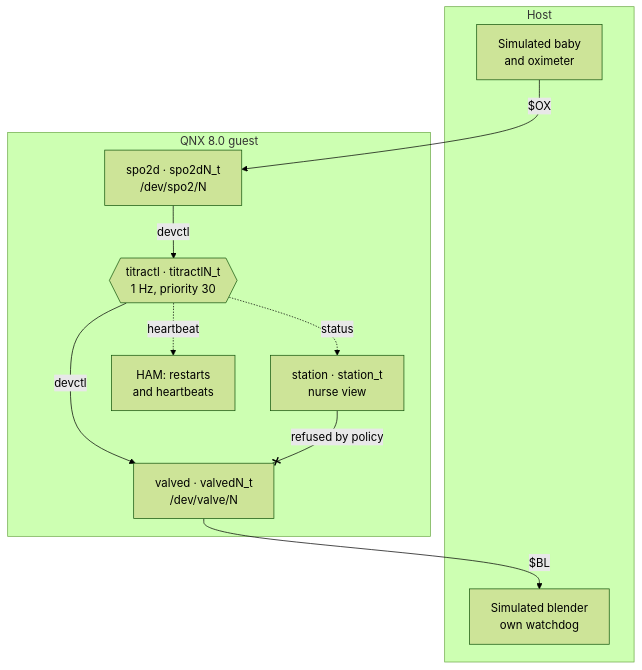
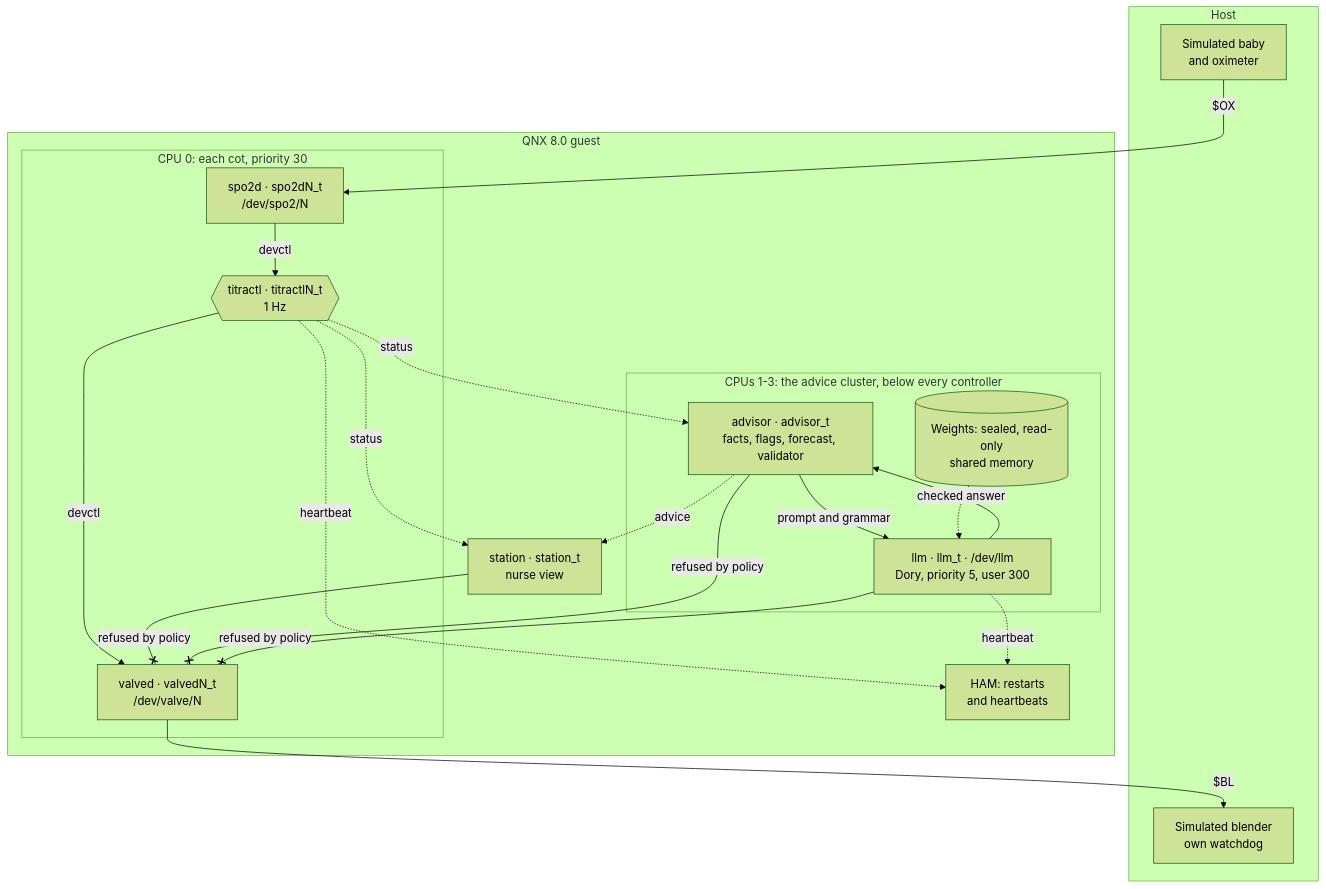
One commit to Marc-Dvci/Titra changed the diagram in docs/architecture.mmd. Above: the diagram before and after it, drawn with Mermaid (forest theme). The commit also changed 4 other files, not shown here.

```diff
--- a/docs/architecture.mmd
+++ b/docs/architecture.mmd
@@ -1,20 +1,35 @@
 %% Source of docs/architecture.png, the diagram in the README. Rebuild: python scripts/render_diagram.py
 flowchart TD
     subgraph HOST["Host"]
         OX["Simulated baby<br/>and oximeter"]
         BL["Simulated blender<br/>own watchdog"]
     end
     subgraph QNX["QNX 8.0 guest"]
-        SPO2["spo2d · spo2dN_t<br/>/dev/spo2/N"]
-        CTL{{"titractl · titractlN_t<br/>1 Hz, priority 30"}}
-        VALVE["valved · valvedN_t<br/>/dev/valve/N"]
+        subgraph CPU0["CPU 0: each cot, priority 30"]
+            SPO2["spo2d · spo2dN_t<br/>/dev/spo2/N"]
+            CTL{{"titractl · titractlN_t<br/>1 Hz"}}
+            VALVE["valved · valvedN_t<br/>/dev/valve/N"]
+        end
+        subgraph CPUS["CPUs 1-3: the advice cluster, below every controller"]
+            ADV["advisor · advisor_t<br/>facts, flags, forecast, validator"]
+            LLM["llm · llm_t · /dev/llm<br/>Dory, priority 5, user 300"]
+            WEIGHTS[("Weights: sealed, read-only<br/>shared memory")]
+        end
         STATION["station · station_t<br/>nurse view"]
         HAM["HAM: restarts<br/>and heartbeats"]
     end
     OX -- "$OX" --> SPO2
     SPO2 -- "devctl" --> CTL
     CTL -- "devctl" --> VALVE
     VALVE -- "$BL" --> BL
     CTL -. "status" .-> STATION
+    CTL -. "status" .-> ADV
+    ADV -- "prompt and grammar" --> LLM
+    LLM -- "checked answer" --> ADV
+    WEIGHTS -.-> LLM
+    ADV -. "advice" .-> STATION
     CTL -. "heartbeat" .-> HAM
+    LLM -. "heartbeat" .-> HAM
     STATION -- "refused by policy" --x VALVE
+    ADV -- "refused by policy" --x VALVE
+    LLM -- "refused by policy" --x VALVE
```
